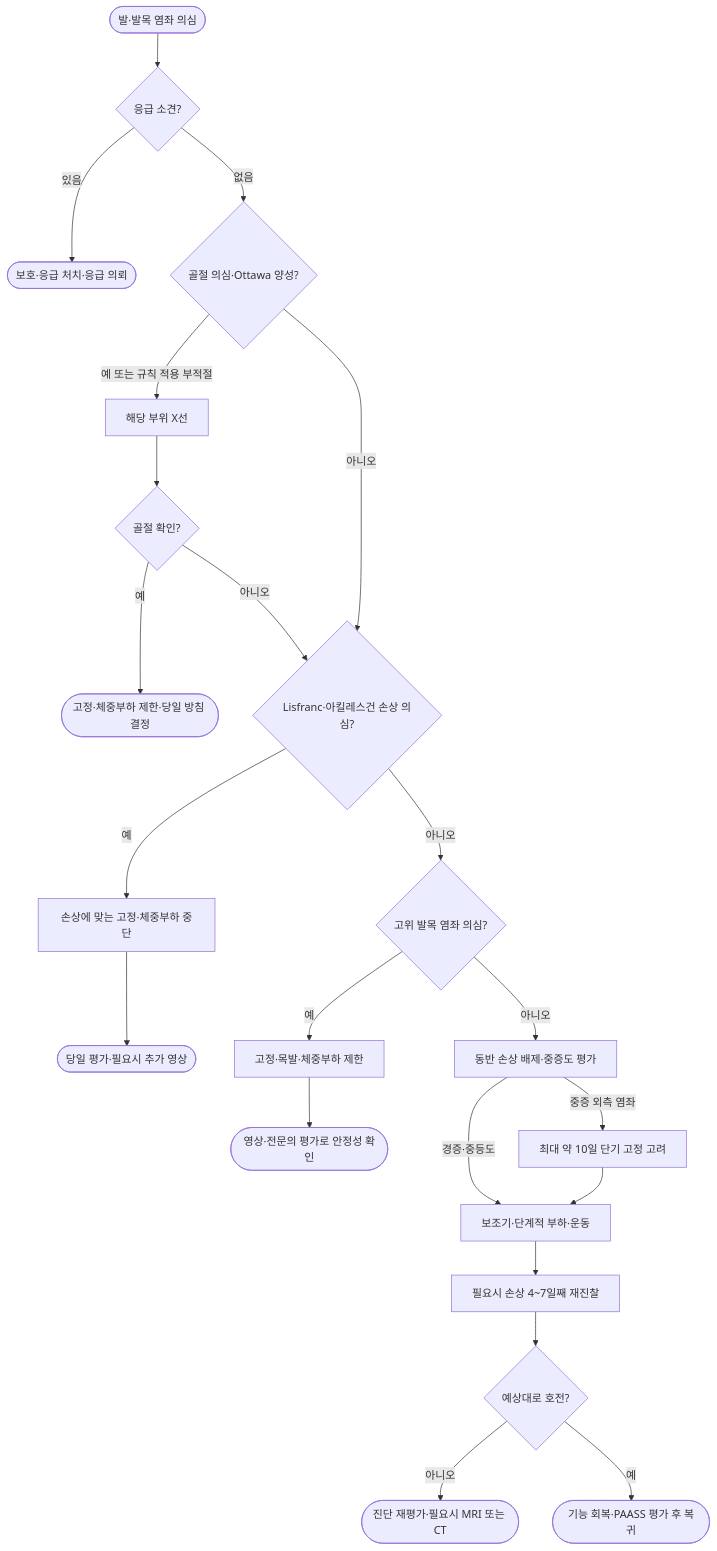
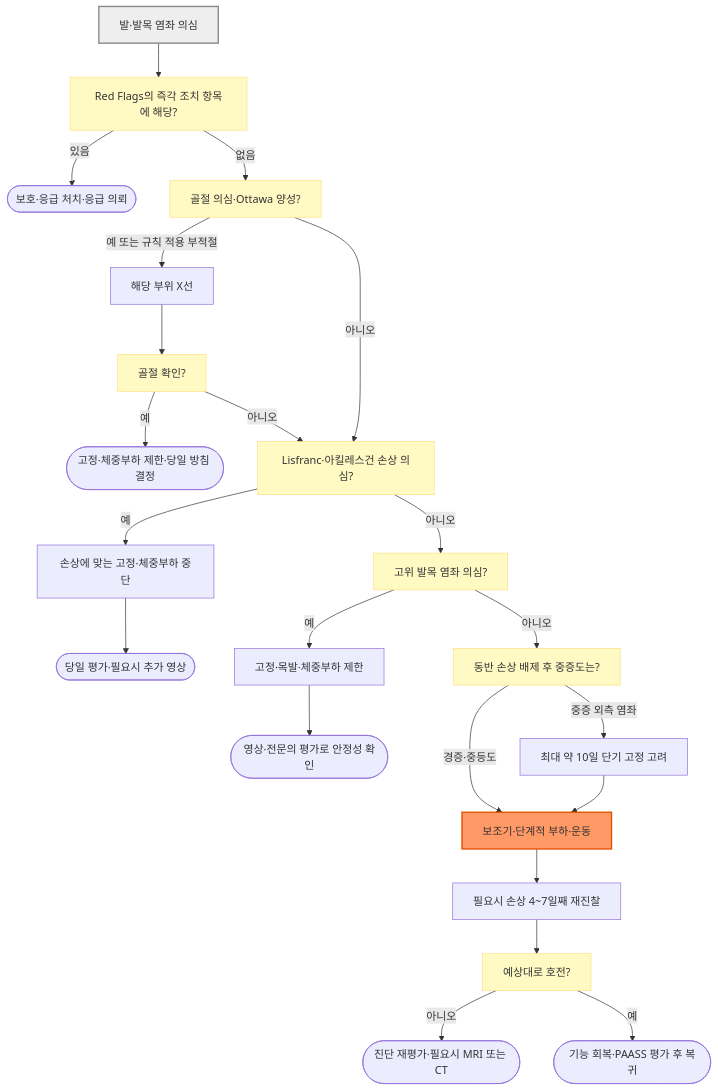
The diagram in 228_/147_-foot-and-ankle-sprain.md (familyoh77/familyoh77), drawn with Mermaid before and after one commit. The commit also changed other lines of this file and 10 other files, not shown here.

````diff
--- a/228_/147_-foot-and-ankle-sprain.md
+++ b/228_/147_-foot-and-ankle-sprain.md
@@ -172,24 +170,29 @@
 ```mermaid
 flowchart TD
-    S(["발·발목 염좌 의심"]) --> E{"응급 소견?"}
+    S["발·발목 염좌 의심"] --> E["Red Flags의 즉각 조치 항목에 해당?"]
     E -- "있음" --> ER(["보호·응급 처치·응급 의뢰"])
-    E -- "없음" --> R{"골절 의심·Ottawa 양성?"}
+    E -- "없음" --> R["골절 의심·Ottawa 양성?"]
     R -- "예 또는 규칙 적용 부적절" --> XR["해당 부위 X선"]
-    XR --> F{"골절 확인?"}
+    XR --> F["골절 확인?"]
     F -- "예" --> FX(["고정·체중부하 제한·당일 방침 결정"])
-    F -- "아니오" --> A{"Lisfranc·아킬레스건 손상 의심?"}
+    F -- "아니오" --> A["Lisfranc·아킬레스건 손상 의심?"]
     R -- "아니오" --> A
     A -- "예" --> P["손상에 맞는 고정·체중부하 중단"]
     P --> D(["당일 평가·필요시 추가 영상"])
-    A -- "아니오" --> H{"고위 발목 염좌 의심?"}
+    A -- "아니오" --> H["고위 발목 염좌 의심?"]
     H -- "예" --> HP["고정·목발·체중부하 제한"]
     HP --> HS(["영상·전문의 평가로 안정성 확인"])
-    H -- "아니오" --> G["동반 손상 배제·중증도 평가"]
+    H -- "아니오" --> G["동반 손상 배제 후 중증도는?"]
     G -- "경증·중등도" --> T["보조기·단계적 부하·운동"]
     G -- "중증 외측 염좌" --> IM["최대 약 10일 단기 고정 고려"]
     IM --> T
     T --> FU["필요시 손상 4~7일째 재진찰"]
-    FU --> W{"예상대로 호전?"}
+    FU --> W["예상대로 호전?"]
     W -- "아니오" --> RE(["진단 재평가·필요시 MRI 또는 CT"])
     W -- "예" --> RT(["기능 회복·PAASS 평가 후 복귀"])
+
+    classDef question fill:#fff9c4,stroke:#ffe082
+    class E,R,F,A,H,G,W question
+    style S fill:#eeeeee,stroke:#888888,stroke-width:2px
+    style T fill:#f96,stroke:#e65100,stroke-width:2px
 ```
````
